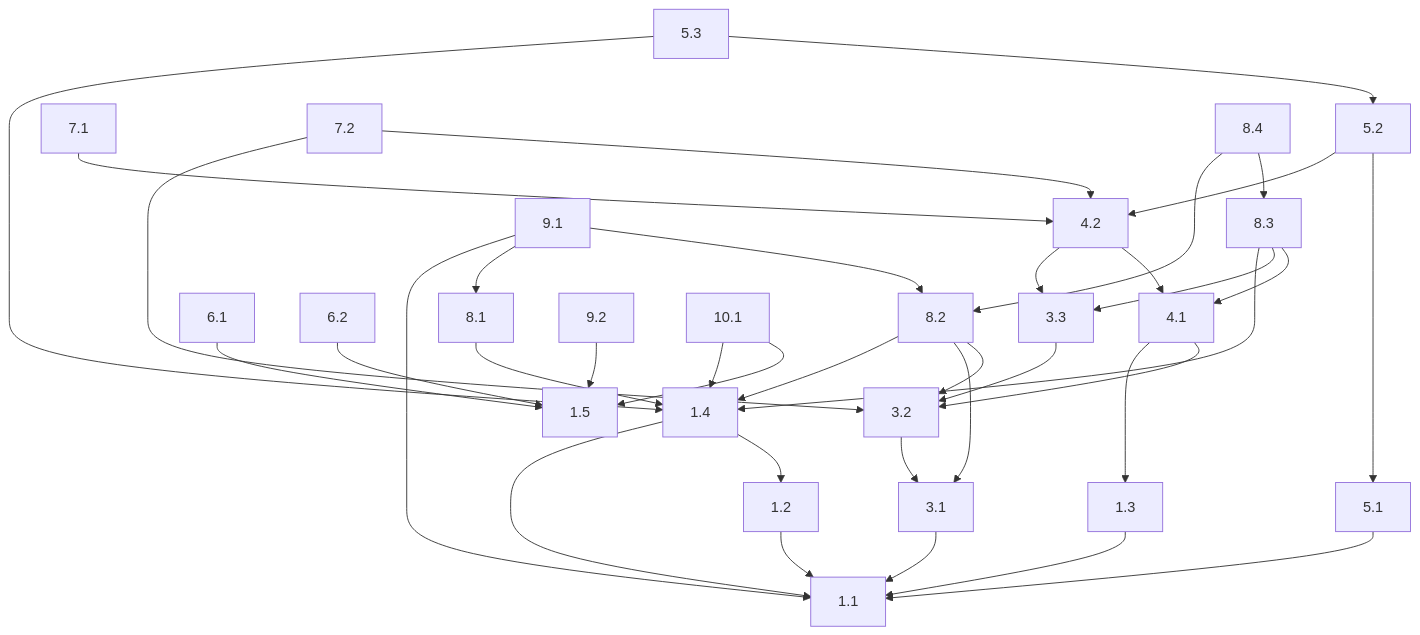
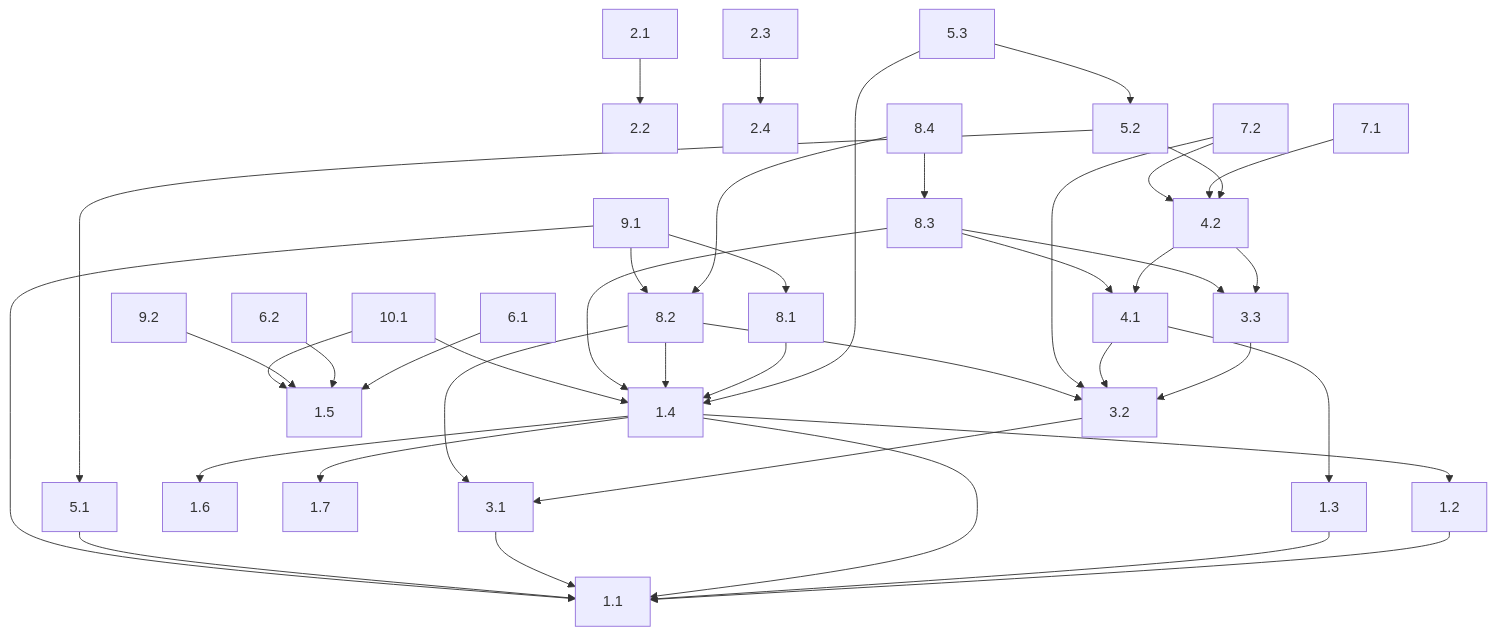
Before and after one commit to spottenn/LuxoAiApp: the diagram in LuxoAI/planning/PLANNING_TASKS.md, drawn with Mermaid. The commit also changed other lines of this file and 9 other files, not shown here.

````diff
--- a/LuxoAI/planning/PLANNING_TASKS.md
+++ b/LuxoAI/planning/PLANNING_TASKS.md
@@ -662,39 +799,43 @@
 ```mermaid
 graph TD;
     1.2 --> 1.1
     1.3 --> 1.1
     1.4 --> 1.1
     1.4 --> 1.2
+    1.4 --> 1.6
+    1.4 --> 1.7
+    2.1 --> 2.2
+    2.3 --> 2.4
     3.1 --> 1.1
     3.2 --> 3.1
     3.3 --> 3.2
     4.1 --> 1.3
     4.1 --> 3.2
     4.2 --> 3.3
     4.2 --> 4.1
     5.1 --> 1.1
     5.2 --> 4.2
     5.2 --> 5.1
     5.3 --> 1.4
     5.3 --> 5.2
     6.1 --> 1.5
     6.2 --> 1.5
     7.1 --> 4.2
     7.2 --> 3.2
     7.2 --> 4.2
     8.1 --> 1.4
     8.2 --> 1.4
     8.2 --> 3.1
     8.2 --> 3.2
     8.3 --> 1.4
     8.3 --> 3.3
     8.3 --> 4.1
     8.4 --> 8.2
     8.4 --> 8.3
     9.1 --> 1.1
     9.1 --> 8.1
     9.1 --> 8.2
     9.2 --> 1.5
     10.1 --> 1.4
     10.1 --> 1.5
 ```
````
